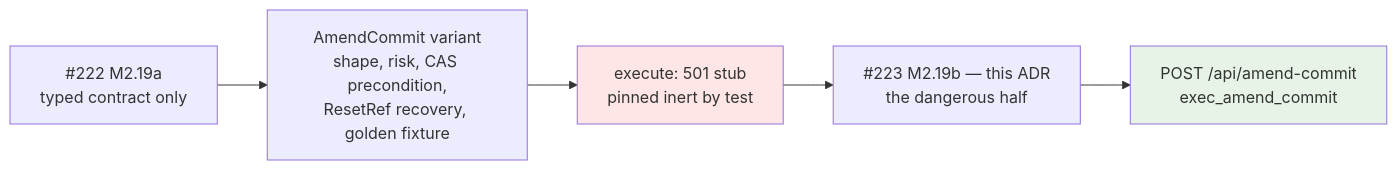
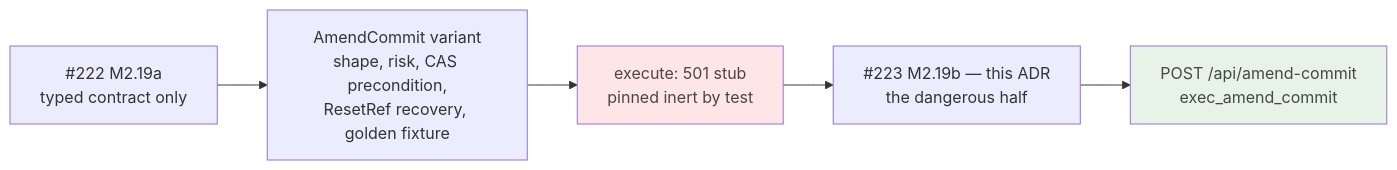
The first of 7 diagrams in docs/adr/0040-amend-execution.md (tom2025b/git-vista), drawn with Mermaid before and after one commit. The commit also changed other lines of this file and 21 other files, not shown here.

````diff
--- a/docs/adr/0040-amend-execution.md
+++ b/docs/adr/0040-amend-execution.md
@@ -40,9 +40,9 @@
 ```mermaid
 flowchart LR
     A["#222 M2.19a<br/>typed contract only"] --> B["AmendCommit variant<br/>shape, risk, CAS precondition,<br/>ResetRef recovery, golden fixture"]
     B --> C["execute: 501 stub<br/>pinned inert by test"]
     C --> D["#223 M2.19b — this ADR<br/>the dangerous half"]
     D --> E["POST /api/amend-commit<br/>exec_amend_commit"]
-    style C fill:#ffe6e6
-    style E fill:#e6f3e6
+    style C fill:#ffe6e6,color:#4c4545
+    style E fill:#e6f3e6,color:#454845
 ```
````
